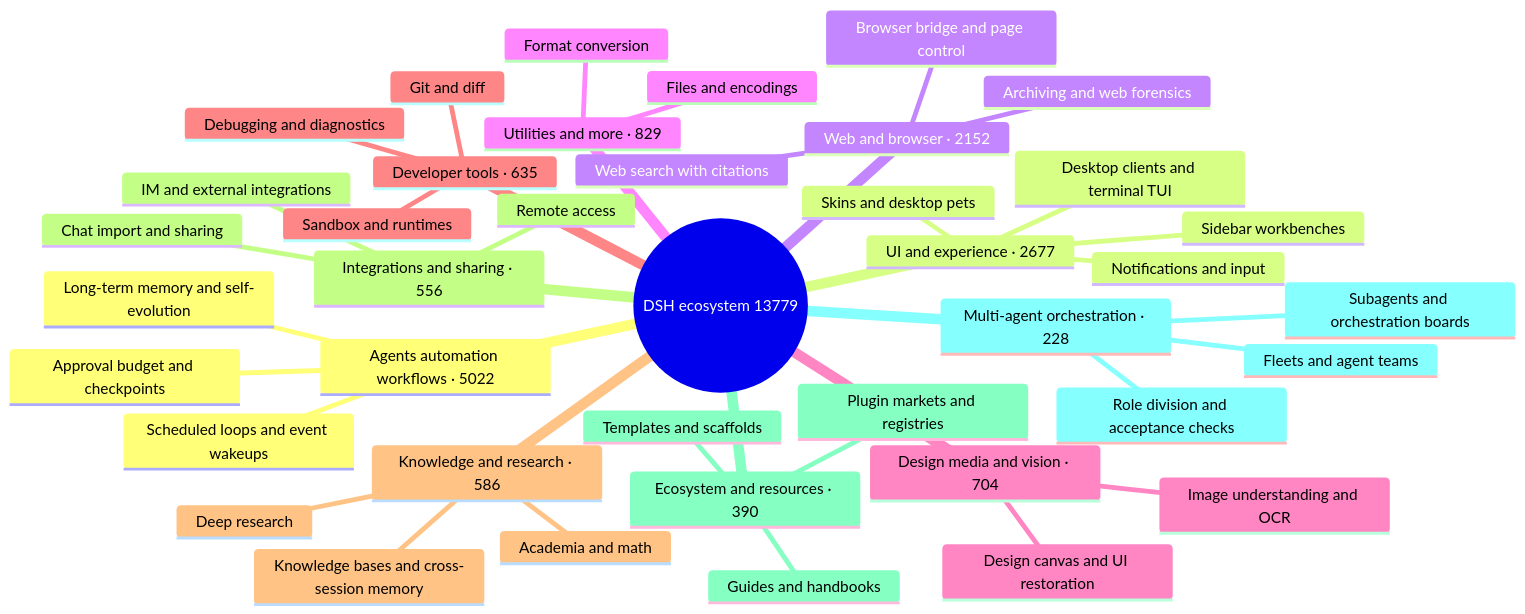
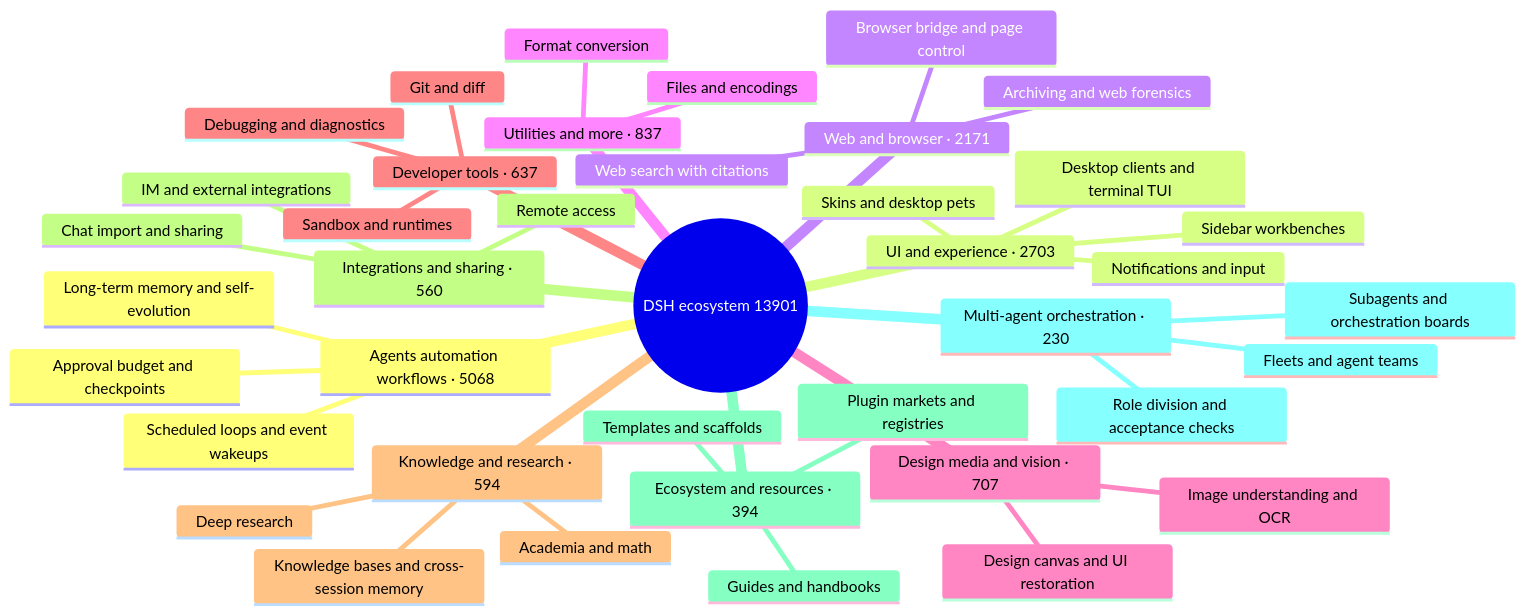
The diagram in README_EN.md (bruc3van/awesome-dsh-plugin), drawn with Mermaid before and after one commit. The commit also changed other lines of this file and 22 other files, not shown here.

````diff
--- a/README_EN.md
+++ b/README_EN.md
@@ -16,43 +16,43 @@
 ```mermaid
 mindmap
-  root((DSH ecosystem 13779))
-    Agents automation workflows · 5022
+  root((DSH ecosystem 13901))
+    Agents automation workflows · 5068
       Scheduled loops and event wakeups
       Long-term memory and self-evolution
       Approval budget and checkpoints
-    UI and experience · 2677
+    UI and experience · 2703
       Desktop clients and terminal TUI
       Sidebar workbenches
       Skins and desktop pets
       Notifications and input
-    Web and browser · 2152
+    Web and browser · 2171
       Browser bridge and page control
       Web search with citations
       Archiving and web forensics
-    Utilities and more · 829
+    Utilities and more · 837
       Files and encodings
       Format conversion
-    Design media and vision · 704
+    Design media and vision · 707
       Image understanding and OCR
       Design canvas and UI restoration
-    Developer tools · 635
+    Developer tools · 637
       Git and diff
       Sandbox and runtimes
       Debugging and diagnostics
-    Knowledge and research · 586
+    Knowledge and research · 594
       Knowledge bases and cross-session memory
       Deep research
       Academia and math
-    Integrations and sharing · 556
+    Integrations and sharing · 560
       Chat import and sharing
       Remote access
       IM and external integrations
-    Ecosystem and resources · 390
+    Ecosystem and resources · 394
       Plugin markets and registries
       Templates and scaffolds
       Guides and handbooks
-    Multi-agent orchestration · 228
+    Multi-agent orchestration · 230
       Subagents and orchestration boards
       Fleets and agent teams
       Role division and acceptance checks
 ```
````
